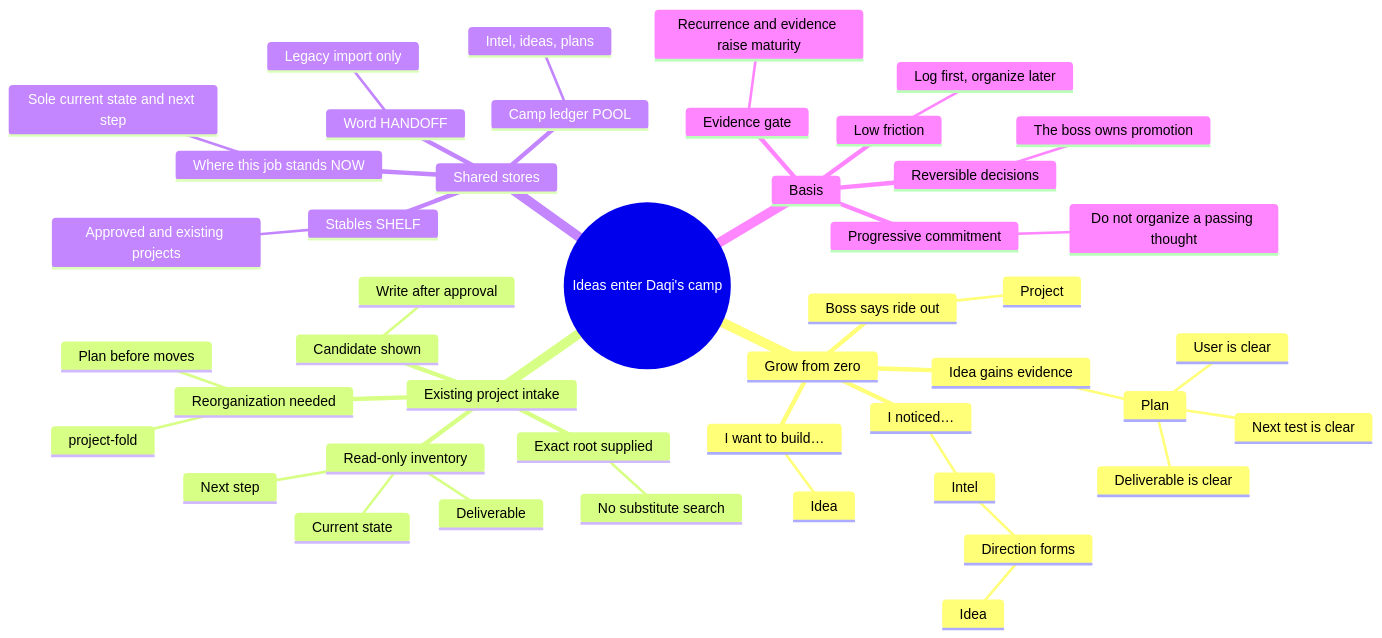
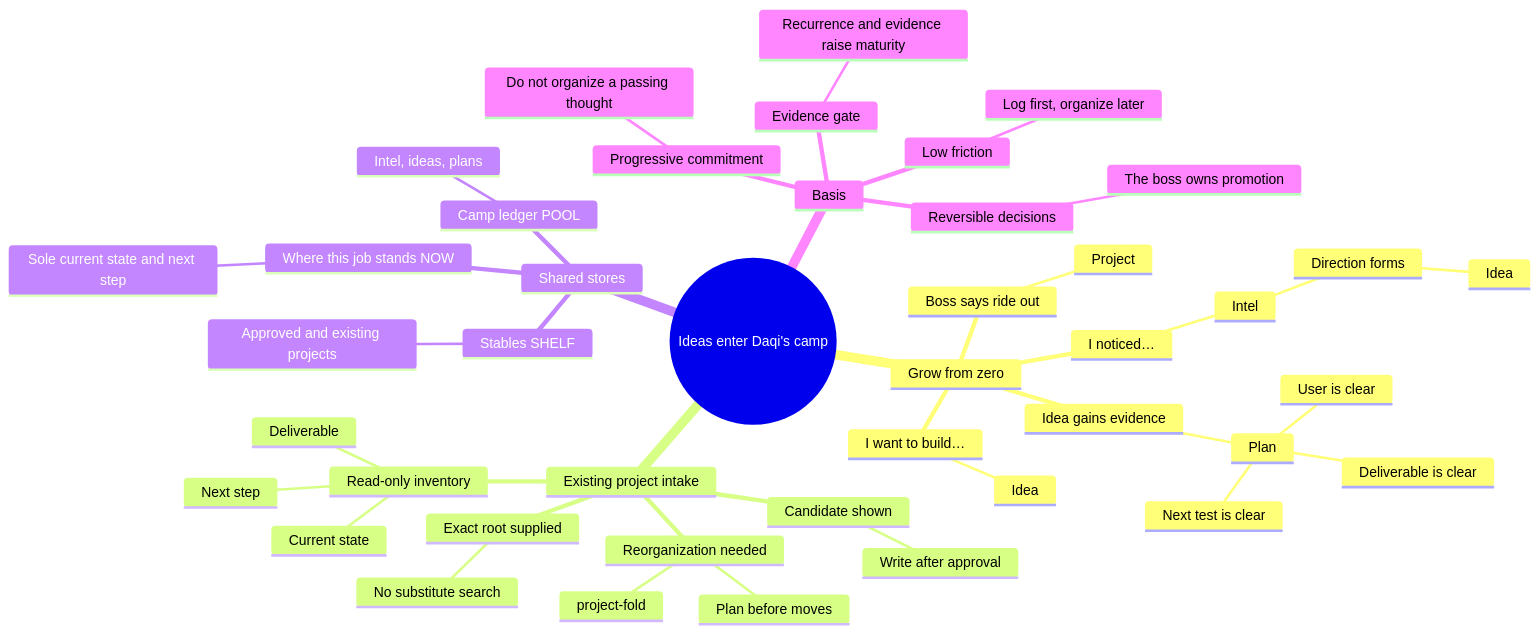
Before and after one commit to pakco77/daqi.skill: the first of 2 diagrams in README.md, drawn with Mermaid. The commit also changed other lines of this file and 3 other files, not shown here.

````diff
--- a/README.md
+++ b/README.md
@@ -55,48 +95,46 @@
 ```mermaid
 mindmap
   root((Ideas enter Daqi's camp))
     Grow from zero
       I noticed…
         Intel
           Direction forms
             Idea
       I want to build…
         Idea
       Idea gains evidence
         Plan
           User is clear
           Deliverable is clear
           Next test is clear
       Boss says ride out
         Project
     Existing project intake
       Exact root supplied
         No substitute search
       Read-only inventory
         Deliverable
         Current state
         Next step
       Candidate shown
         Write after approval
       Reorganization needed
         project-fold
         Plan before moves
     Shared stores
       Camp ledger POOL
         Intel, ideas, plans
       Stables SHELF
         Approved and existing projects
       Where this job stands NOW
         Sole current state and next step
-      Word HANDOFF
-        Legacy import only
     Basis
       Progressive commitment
         Do not organize a passing thought
       Evidence gate
         Recurrence and evidence raise maturity
       Reversible decisions
         The boss owns promotion
       Low friction
         Log first, organize later
 ```
````
